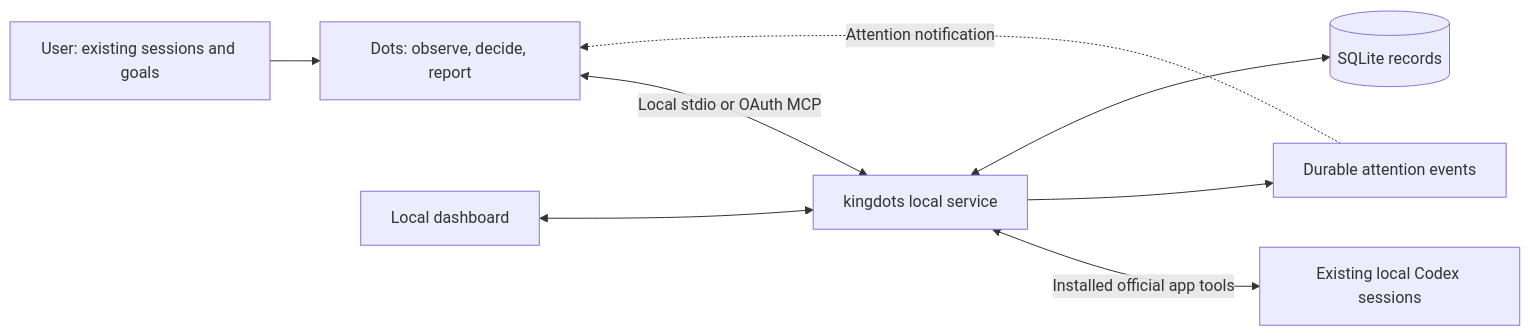
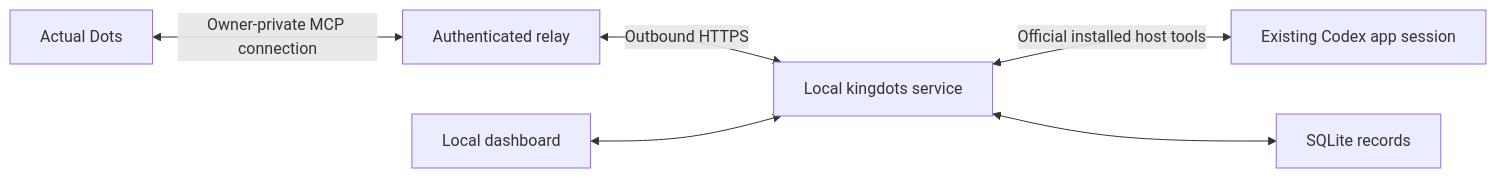
Before and after one commit to OtterHelm/kingdots: the diagram in README.md, drawn with Mermaid. The commit also changed other lines of this file and 69 other files, not shown here.

Commit message:
refactor: consolidate existing-session supervision and remove prototypes

````diff
--- a/README.md
+++ b/README.md
@@ -65,10 +11,8 @@
 ```mermaid
 flowchart LR
-    U[User: existing sessions and goals] --> D[Dots: observe, decide, report]
-    D <-->|Local stdio or OAuth MCP| K[kingdots local service]
-    K <-->|Installed official app tools| S[Existing local Codex sessions]
-    K --> E[Durable attention events]
-    E -. Attention notification .-> D
-    K <--> DB[(SQLite records)]
-    W[Local dashboard] <--> K
+    D[Actual Dots] <-->|Owner-private MCP connection| R[Authenticated relay]
+    R <-->|Outbound HTTPS| P[Local kingdots service]
+    P <-->|Official installed host tools| S[Existing Codex app session]
+    P <--> DB[SQLite records]
+    W[Local dashboard] <--> P
 ```
````
